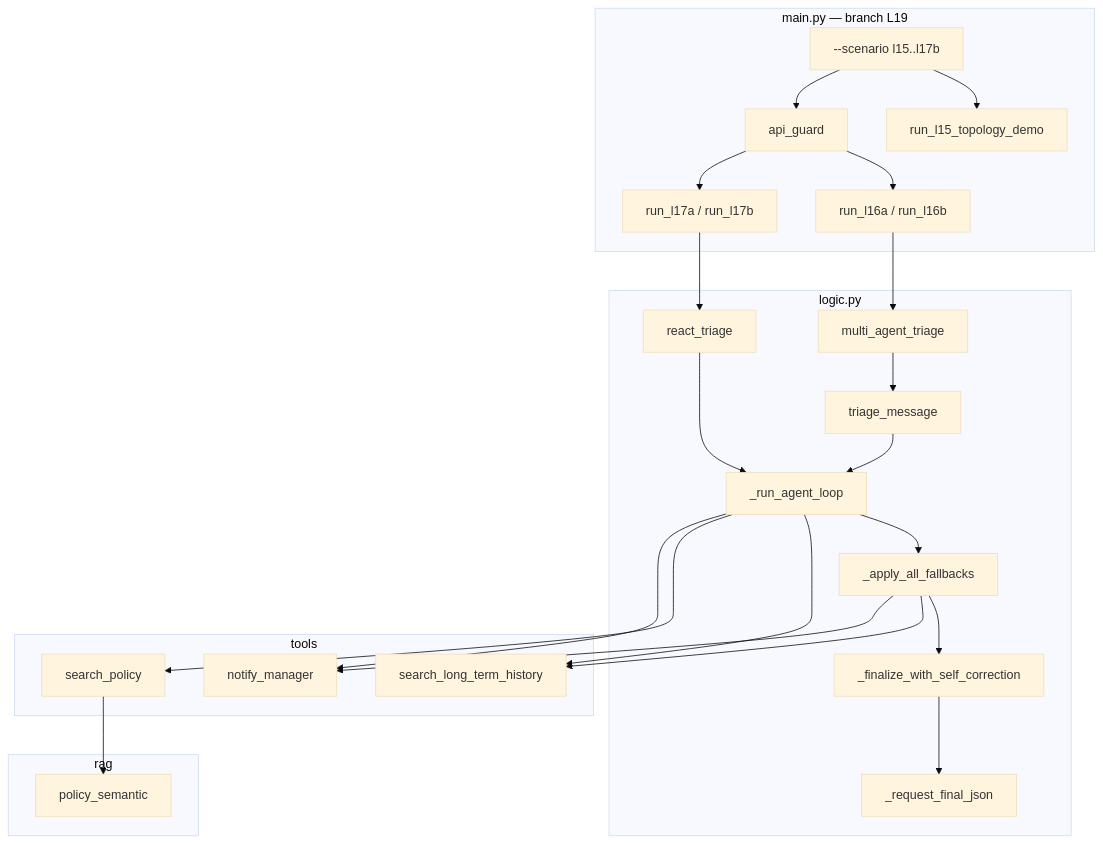
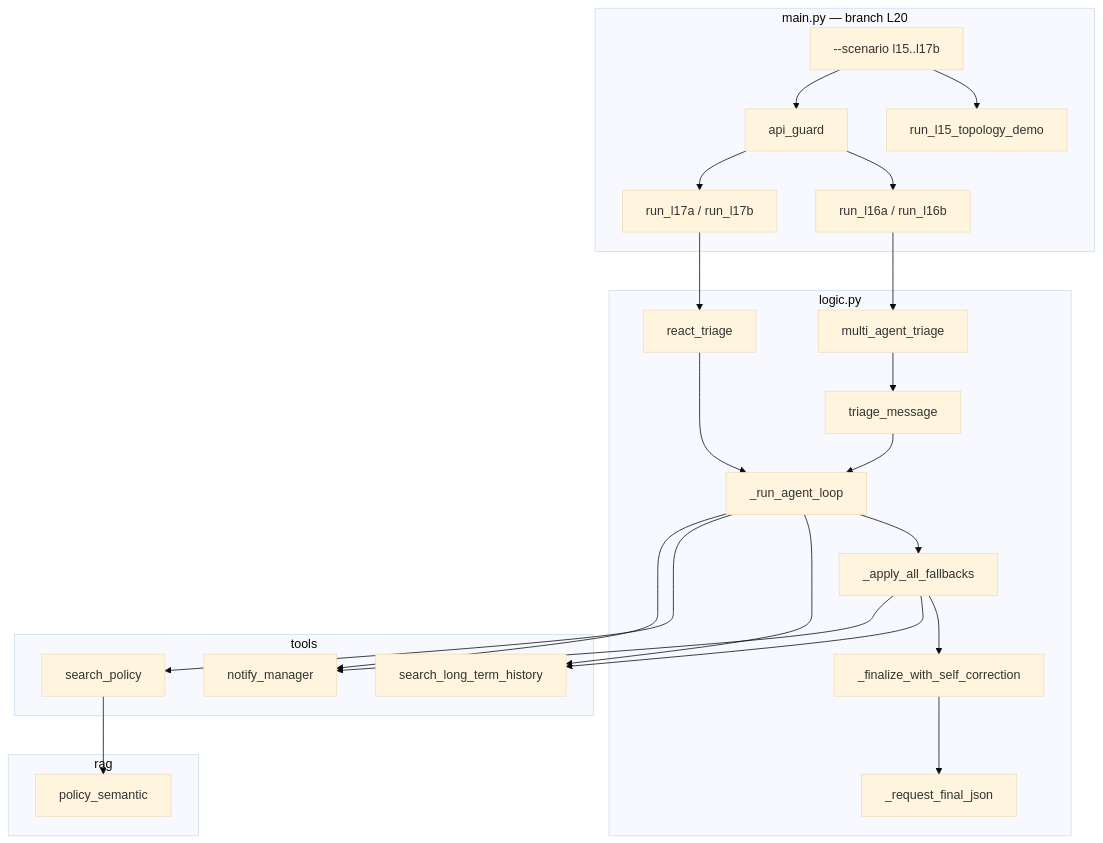
The first of 4 diagrams in README.md (Impesud/agentic-triage-system), drawn with Mermaid (base theme) before and after one commit. The commit also changed other lines of this file and 32 other files, not shown here.

````diff
--- a/README.md
+++ b/README.md
@@ -68,43 +71,43 @@
 ```mermaid
 flowchart TB
-    subgraph main_py [main.py — branch L19]
+    subgraph main_py [main.py — branch L20]
         CLI["--scenario l15..l17b"]
         L15[run_l15_topology_demo]
         L16[run_l16a / run_l16b]
         L17[run_l17a / run_l17b]
         AG[api_guard]
         CLI --> L15
         CLI --> AG
         AG --> L16
         AG --> L17
     end
     subgraph logic_py [logic.py]
         TM[triage_message]
         RT[react_triage]
         MA[multi_agent_triage]
         Loop[_run_agent_loop]
         FB[_apply_all_fallbacks]
         TM --> Loop
         RT --> Loop
         Loop --> FB
         FB --> SC[_finalize_with_self_correction]
         SC --> JSON[_request_final_json]
     end
     subgraph tools_pkg [tools]
         LTM[search_long_term_history]
         SP[search_policy]
         NM[notify_manager]
     end
     subgraph rag_pkg [rag]
         RAG[policy_semantic]
     end
     SP --> RAG
     L16 --> MA
     L17 --> RT
     MA --> TM
     Loop --> LTM
     Loop --> SP
     Loop --> NM
     FB --> LTM
     FB --> NM
 ```
````
